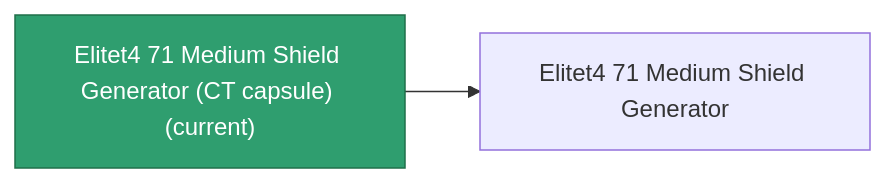
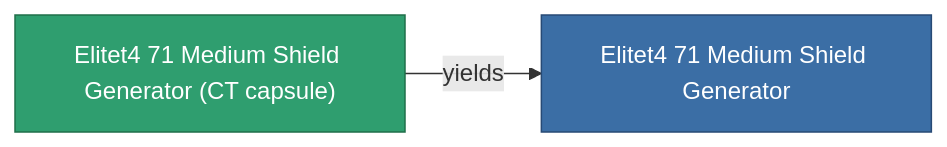
One commit to OpenPerpetuum/Wiki changed the diagram in content/content/items/elitet4_71_medium_shield_generator_CT_capsule.md. Above: the diagram before and after it, drawn with Mermaid. The commit also changed other lines of this file and 2015 other files, not shown here.

````diff
--- a/content/content/items/elitet4_71_medium_shield_generator_CT_capsule.md
+++ b/content/content/items/elitet4_71_medium_shield_generator_CT_capsule.md
@@ -33,8 +33,9 @@
 ```mermaid
 graph LR
-    a["Elitet4 71 Medium Shield Generator (CT capsule) (current)"]:::current
-    b["Elitet4 71 Medium Shield Generator"]
-    a --> b
-    click b "/content/items/elitet4-71-medium-shield-generator/" "Elitet4 71 Medium Shield Generator"
+    a["Elitet4 71 Medium Shield Generator (CT capsule)"]:::current
+    b["Elitet4 71 Medium Shield Generator"]:::finished
+    a -->|yields| b
+                click b "/content/items/elitet4-71-medium-shield-generator/" "Elitet4 71 Medium Shield Generator"
     classDef current fill:#2f9e6f,stroke:#1f6f4a,color:#ffffff
+    classDef finished fill:#3b6ea5,stroke:#274a75,color:#ffffff
 ```
````
